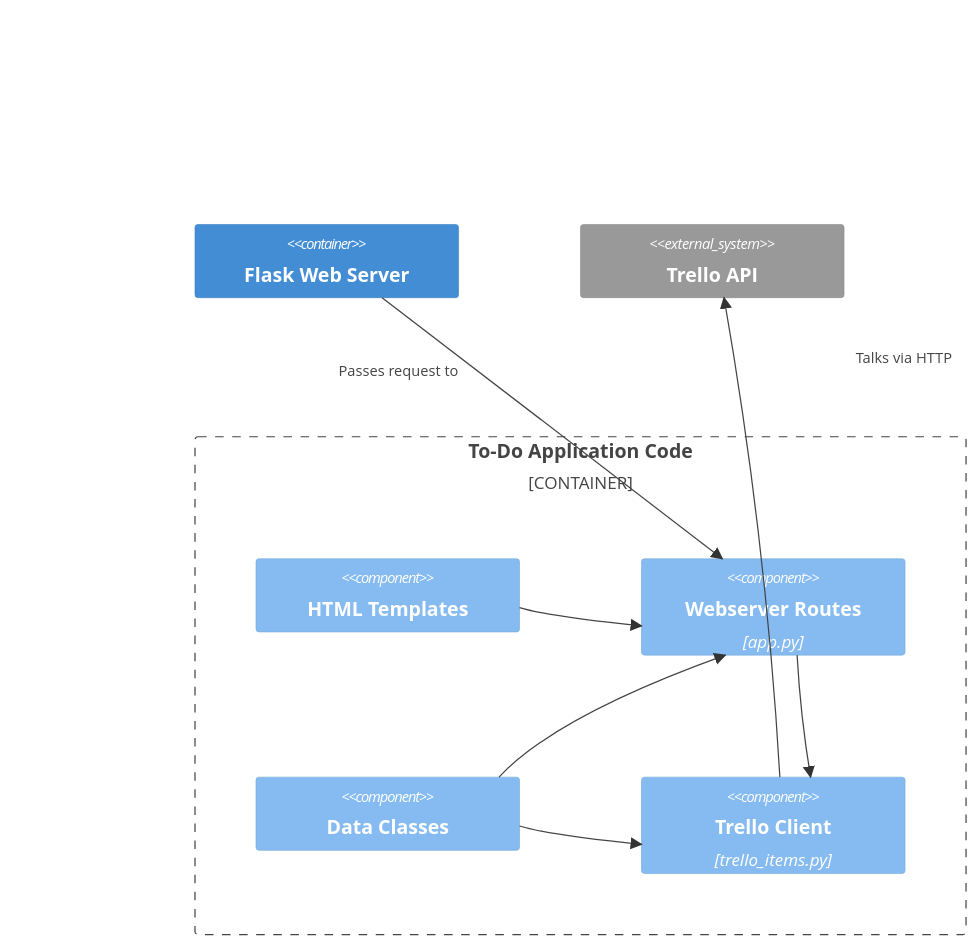
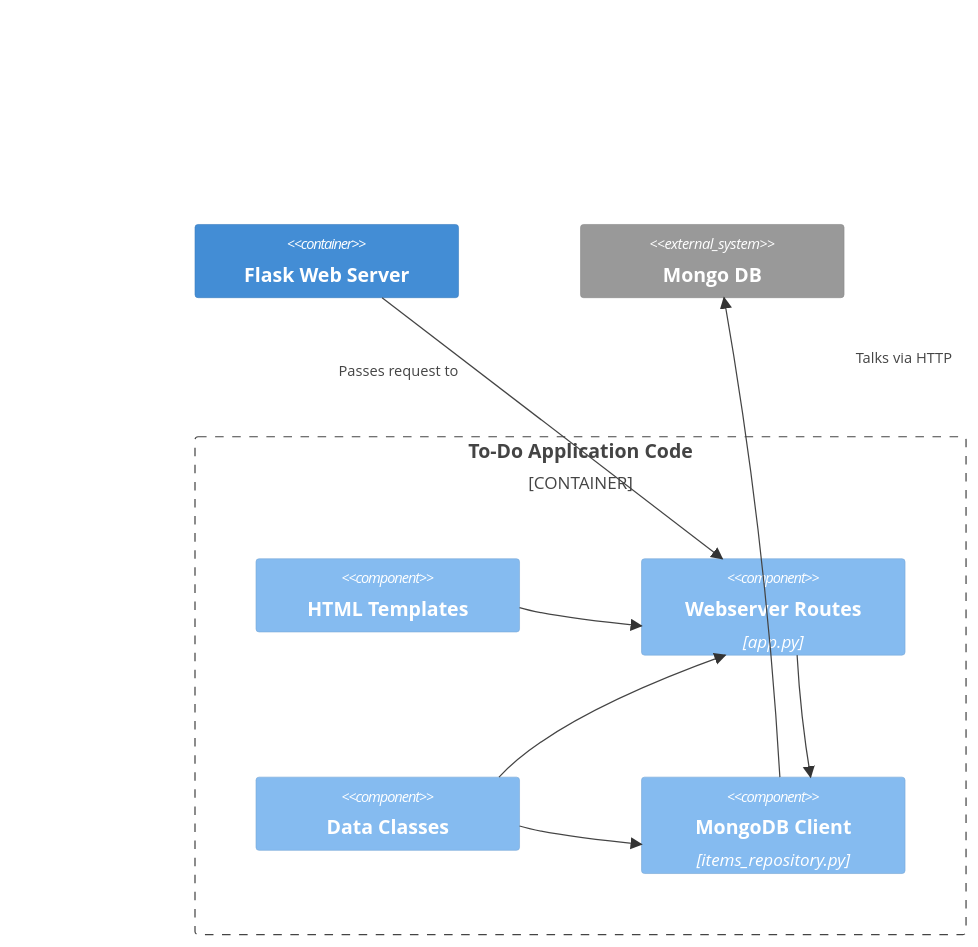
Before and after one commit to Nancy-Singleton/DevOps-Course-Starter: the diagram in docs/architecture/C4Component.md, drawn with Mermaid. The commit also changed 15 other files, not shown here.

````diff
--- a/docs/architecture/C4Component.md
+++ b/docs/architecture/C4Component.md
@@ -1,26 +1,26 @@
 ```mermaid
 C4Component
     Container(flask, "Flask Web Server")
 
     Container_Boundary(todoAppCode, "To-Do Application Code") {
         Component(htmlTemplates, "HTML Templates")
         Component(routes, "Webserver Routes", "app.py")
         Component(dataClasses, "Data Classes")
-        Component(trelloClient, "Trello Client", "trello_items.py")
+        Component(mongoDbClient, "MongoDB Client", "items_repository.py")
     }
 
-    System_Ext(trelloApi, "Trello API")
+    System_Ext(mongoDb, "Mongo DB")
 
     Rel(flask, routes, "Passes request to")
 
     Rel(htmlTemplates, routes, "")
     Rel(dataClasses, routes, "")
-    Rel(dataClasses, trelloClient, "")
-    Rel(routes, trelloClient, "")
+    Rel(dataClasses, mongoDbClient, "")
+    Rel(routes, mongoDbClient, "")
 
-    Rel(trelloClient, trelloApi, "Talks via HTTP")
+    Rel(mongoDbClient, mongoDb, "Talks via HTTP")
 
     UpdateLayoutConfig($c4ShapeInRow="3")
     UpdateRelStyle(flask, routes, $offsetX="-175", $offsetY="-50")
-    UpdateRelStyle(trelloClient, trelloApi, $offsetX="85", $offsetY="-150")
+    UpdateRelStyle(mongoDbClient, mongoDb, $offsetX="85", $offsetY="-150")
 ```
````
